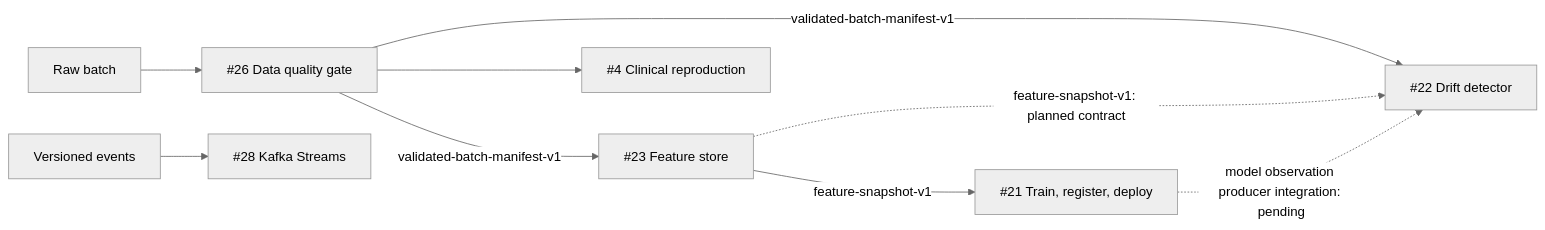
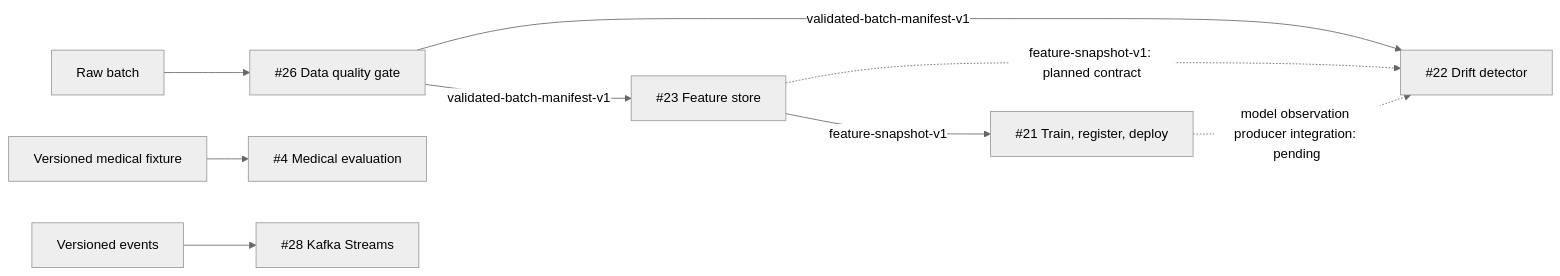
The diagram in docs/mlops-data-platform.md (Brilhante29/portfolio-reuse-kit), drawn with Mermaid (neutral theme) before and after one commit. The commit also changed other lines of this file and 26 other files, not shown here.

Commit message:
feat: close medical evaluation evidence system

````diff
--- a/docs/mlops-data-platform.md
+++ b/docs/mlops-data-platform.md
@@ -18,11 +18,11 @@
 ```mermaid
 flowchart LR
   raw["Raw batch"] --> quality["#26 Data quality gate"]
   quality -->|"validated-batch-manifest-v1"| features["#23 Feature store"]
   features -->|"feature-snapshot-v1"| lifecycle["#21 Train, register, deploy"]
   quality -->|"validated-batch-manifest-v1"| drift["#22 Drift detector"]
   features -.->|"feature-snapshot-v1: planned contract"| drift
   lifecycle -.->|"model observation producer integration: pending"| drift
-  quality --> clinical["#4 Clinical reproduction"]
+  medical["Versioned medical fixture"] --> clinical["#4 Medical evaluation"]
   events["Versioned events"] --> streams["#28 Kafka Streams"]
 ```
````
